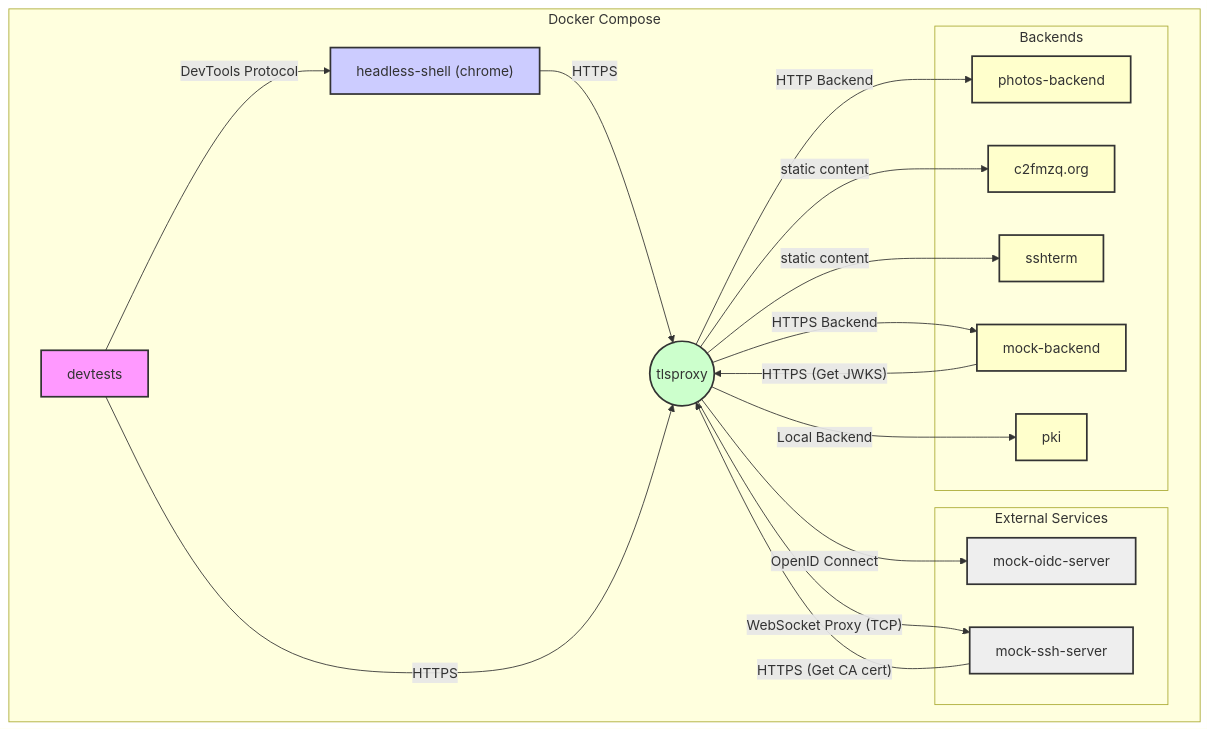
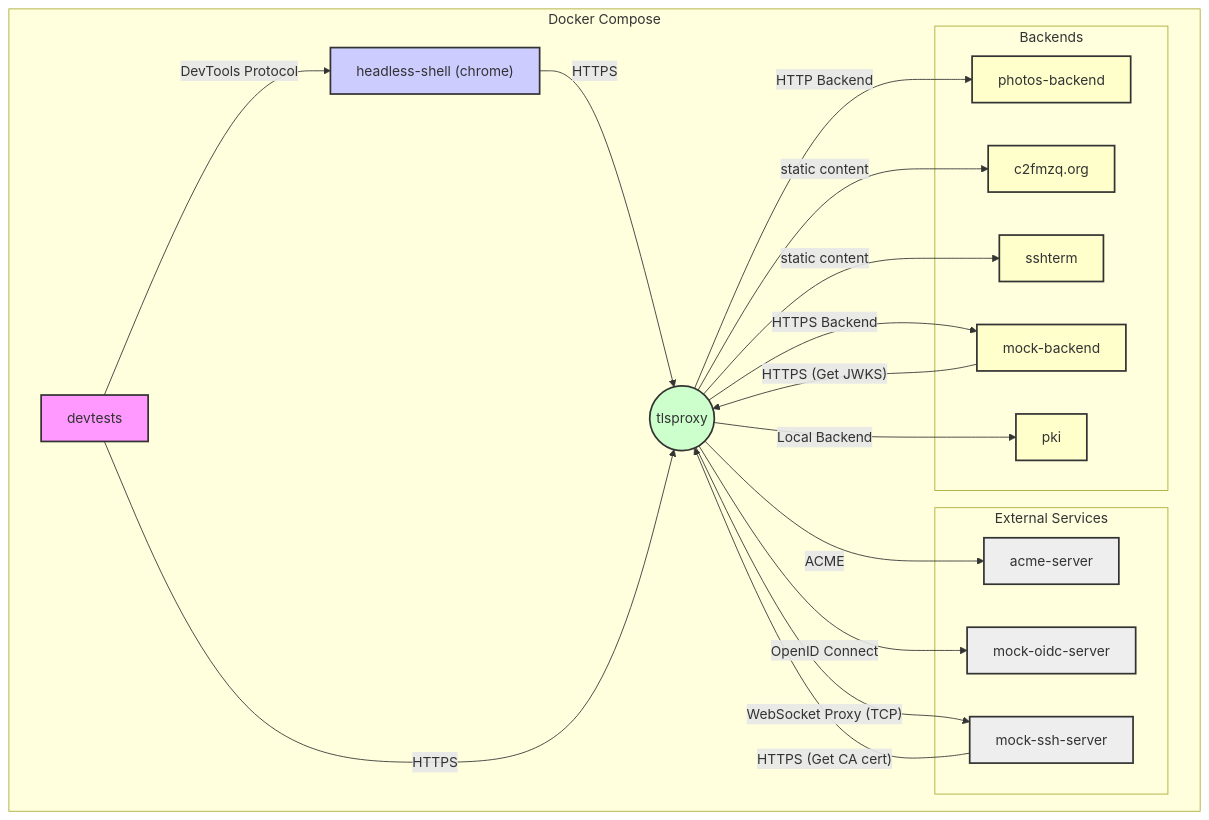
The diagram in README.md (c2FmZQ/integration-tests), drawn with Mermaid before and after one commit. The commit also changed other lines of this file and 19 other files, not shown here.

First line of the commit message:
In-memory ACME server (#14)

````diff
--- a/README.md
+++ b/README.md
@@ -9,43 +9,46 @@
 ```mermaid
 graph TD
     subgraph "Docker Compose"
         A[devtests]
         B["headless-shell (chrome)"];
         P((tlsproxy));
         subgraph "External Services"
-            S1[mock-oidc-server];
-            S2[mock-ssh-server];
+            S1[acme-server];
+            S2[mock-oidc-server];
+            S3[mock-ssh-server];
         end
         subgraph "Backends"
             B1[photos-backend];
             B2[c2fmzq.org];
             B3[sshterm];
             B4[mock-backend];
             B5[pki]
         end
     end
 
     A -->|DevTools Protocol| B;
     B -->|HTTPS| P;
     A -->|HTTPS| P;
-    P -->|"OpenID Connect"| S1;
-    P -->|"WebSocket Proxy (TCP)"| S2;
-    S2 -->|"HTTPS (Get CA cert)"| P;
+    P -->|"ACME"| S1;
+    P -->|"OpenID Connect"| S2;
+    P -->|"WebSocket Proxy (TCP)"| S3;
+    S3 -->|"HTTPS (Get CA cert)"| P;
     P -->|HTTP Backend| B1;
     P -->|static content| B2;
     P -->|static content| B3;
     P -->|HTTPS Backend| B4;
     B4 -->|"HTTPS (Get JWKS)"| P
     P -->|Local Backend| B5;
 
     style S1 fill:#eee,stroke:#333,stroke-width:2px
     style S2 fill:#eee,stroke:#333,stroke-width:2px
+    style S3 fill:#eee,stroke:#333,stroke-width:2px
     style A fill:#f9f,stroke:#333,stroke-width:2px
     style B fill:#ccf,stroke:#333,stroke-width:2px
     style P fill:#cfc,stroke:#333,stroke-width:2px
     style B1 fill:#ffc,stroke:#333,stroke-width:2px
     style B2 fill:#ffc,stroke:#333,stroke-width:2px
     style B3 fill:#ffc,stroke:#333,stroke-width:2px
     style B4 fill:#ffc,stroke:#333,stroke-width:2px
     style B5 fill:#ffc,stroke:#333,stroke-width:2px
 ```
````
